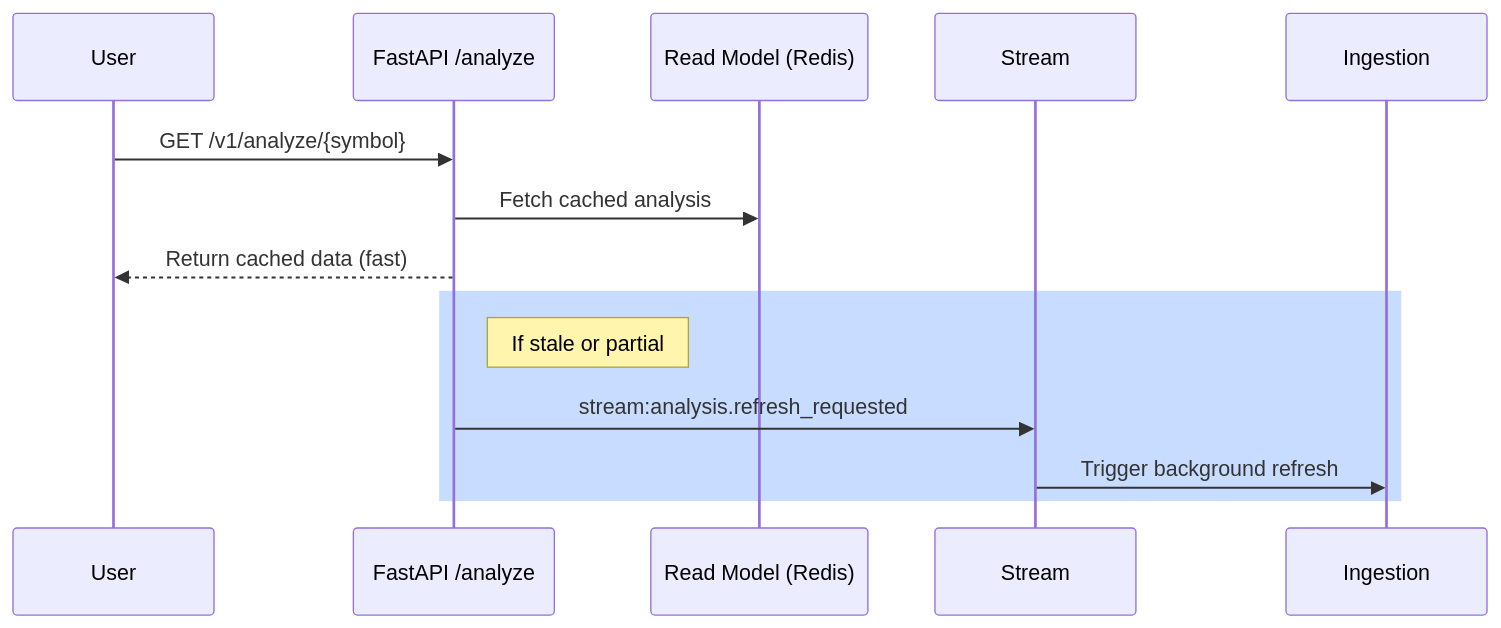
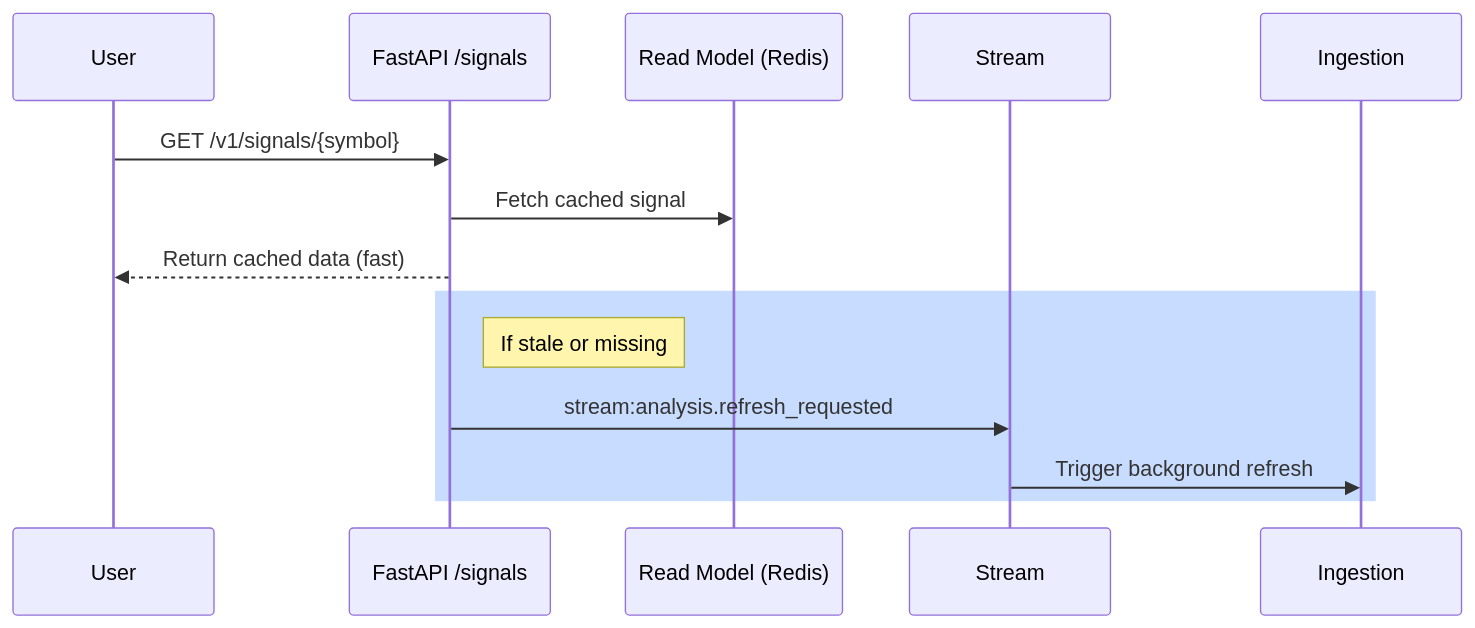
Before and after one commit to NirmayKadam/Shani: the third of 3 diagrams in README.md, drawn with Mermaid. The commit also changed other lines of this file and 35 other files, not shown here.

````diff
--- a/README.md
+++ b/README.md
@@ -268,18 +275,18 @@
 ```mermaid
 sequenceDiagram
     participant U as User
-    participant API as FastAPI /analyze
+    participant API as FastAPI /signals
     participant RM as Read Model (Redis)
     participant S as Stream
     participant I as Ingestion
 
-    U->>API: GET /v1/analyze/{symbol}
-    API->>RM: Fetch cached analysis
+    U->>API: GET /v1/signals/{symbol}
+    API->>RM: Fetch cached signal
     API-->>U: Return cached data (fast)
 
     rect rgb(200, 220, 255)
-        Note right of API: If stale or partial
+        Note right of API: If stale or missing
         API->>S: stream:analysis.refresh_requested
         S->>I: Trigger background refresh
     end
 ```
````
